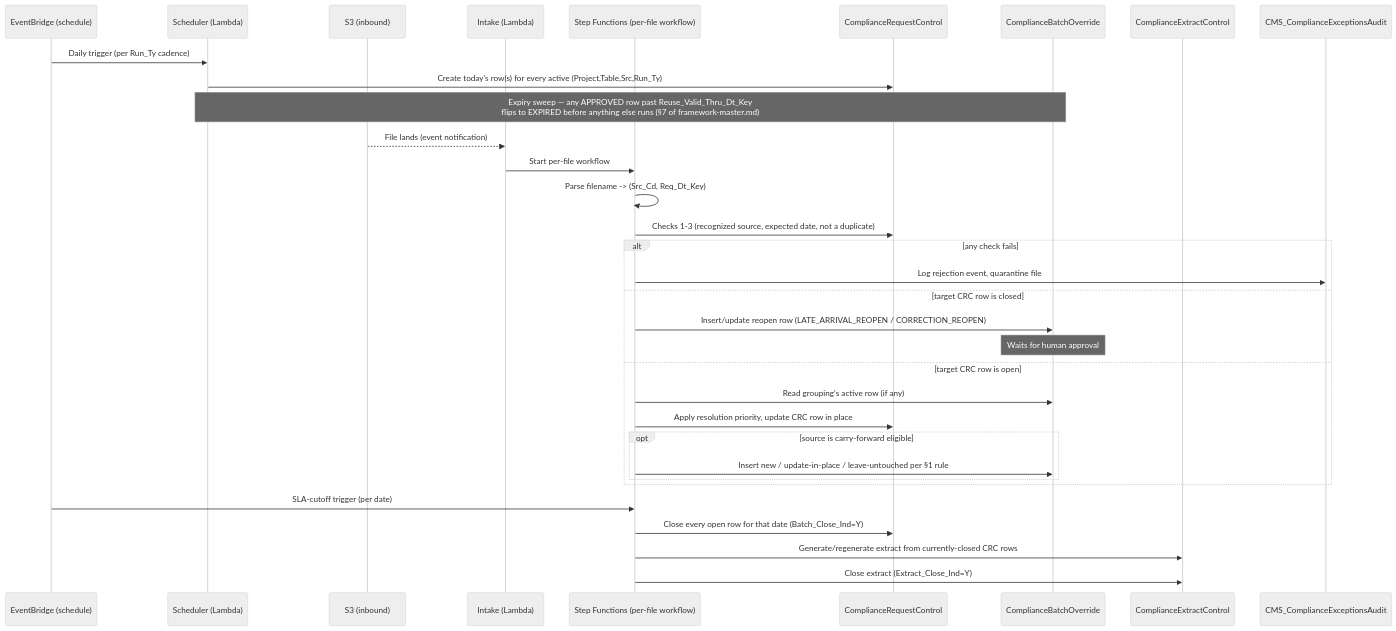
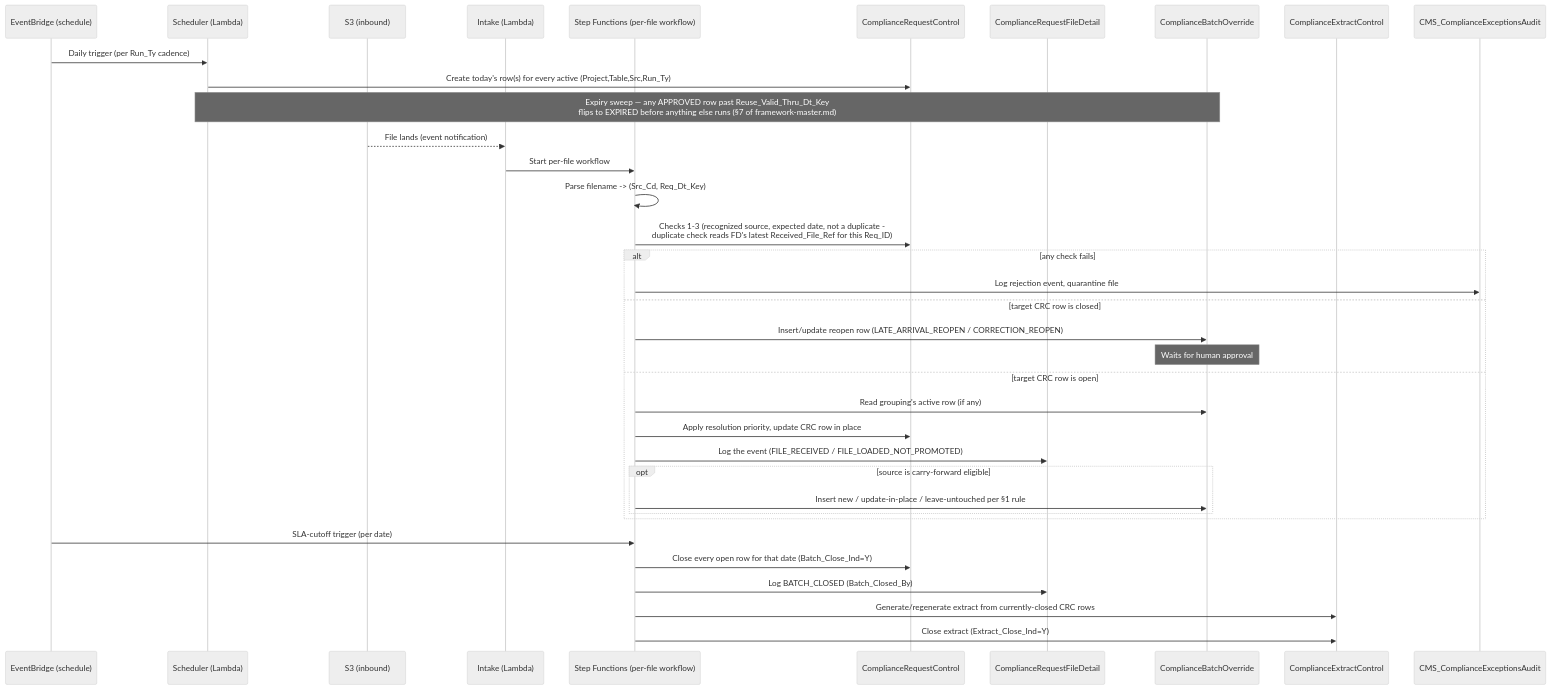
The first of 4 diagrams in docs/design/orchestration-flow.md (trinathgundavaram/framework), drawn with Mermaid (neutral theme) before and after one commit. The commit also changed other lines of this file and 3 other files, not shown here.

Commit message:
G5: slim CRC to decision-relevant columns only; move file-event detail (received/loaded/late/closed/flagged) into new append-only ComplianceRequestFileDetail, joined on Req_ID

````diff
--- a/docs/design/orchestration-flow.md
+++ b/docs/design/orchestration-flow.md
@@ -10,38 +10,41 @@
 ```mermaid
 sequenceDiagram
     participant EB as EventBridge (schedule)
     participant SCH as Scheduler (Lambda)
     participant S3 as S3 (inbound)
     participant INT as Intake (Lambda)
     participant SF as Step Functions (per-file workflow)
     participant CRC as ComplianceRequestControl
+    participant FD as ComplianceRequestFileDetail
     participant OVR as ComplianceBatchOverride
     participant EXT as ComplianceExtractControl
     participant AUD as CMS_ComplianceExceptionsAudit
 
     EB->>SCH: Daily trigger (per Run_Ty cadence)
     SCH->>CRC: Create today's row(s) for every active (Project,Table,Src,Run_Ty)
     Note over SCH,OVR: Expiry sweep — any APPROVED row past Reuse_Valid_Thru_Dt_Key<br/>flips to EXPIRED before anything else runs (§7 of framework-master.md)
 
     S3-->>INT: File lands (event notification)
     INT->>SF: Start per-file workflow
     SF->>SF: Parse filename -> (Src_Cd, Req_Dt_Key)
-    SF->>CRC: Checks 1-3 (recognized source, expected date, not a duplicate)
+    SF->>CRC: Checks 1-3 (recognized source, expected date, not a duplicate -<br/>duplicate check reads FD's latest Received_File_Ref for this Req_ID)
     alt any check fails
         SF->>AUD: Log rejection event, quarantine file
     else target CRC row is closed
         SF->>OVR: Insert/update reopen row (LATE_ARRIVAL_REOPEN / CORRECTION_REOPEN)
         Note over OVR: Waits for human approval
     else target CRC row is open
         SF->>OVR: Read grouping's active row (if any)
         SF->>CRC: Apply resolution priority, update CRC row in place
+        SF->>FD: Log the event (FILE_RECEIVED / FILE_LOADED_NOT_PROMOTED)
         opt source is carry-forward eligible
             SF->>OVR: Insert new / update-in-place / leave-untouched per §1 rule
         end
     end
 
     EB->>SF: SLA-cutoff trigger (per date)
     SF->>CRC: Close every open row for that date (Batch_Close_Ind=Y)
+    SF->>FD: Log BATCH_CLOSED (Batch_Closed_By)
     SF->>EXT: Generate/regenerate extract from currently-closed CRC rows
     SF->>EXT: Close extract (Extract_Close_Ind=Y)
 ```
````
